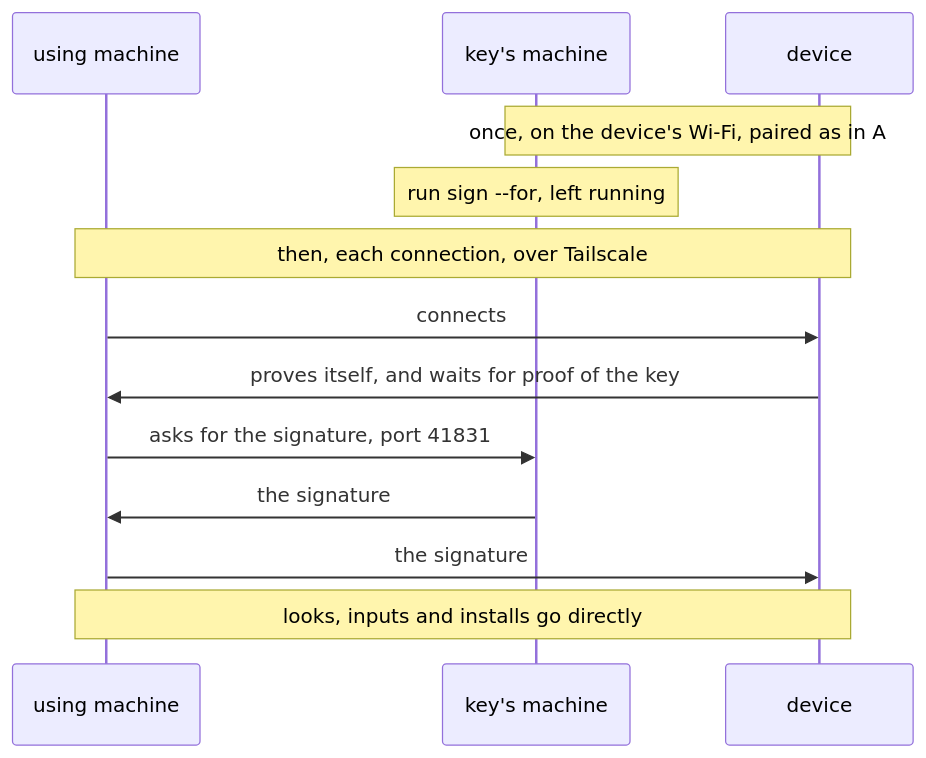
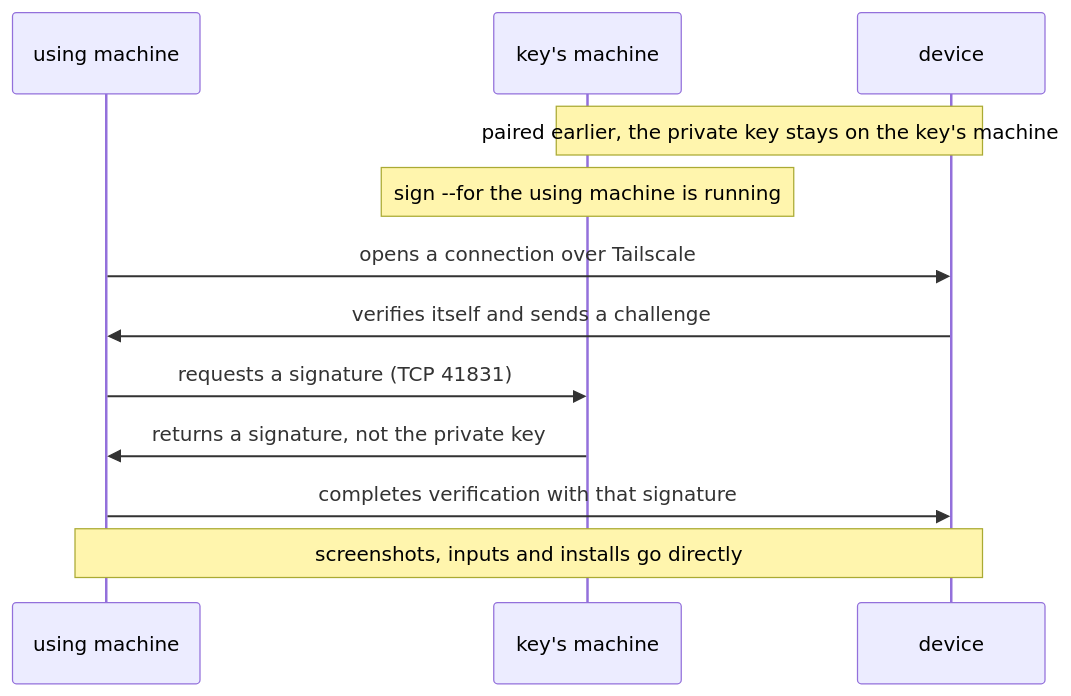
The third of 3 diagrams in Rust/roamrunctl/README.md (mh-mobile/RoamRun), drawn with Mermaid before and after one commit. The commit also changed other lines of this file and 1 other file, not shown here.

````diff
--- a/Rust/roamrunctl/README.md
+++ b/Rust/roamrunctl/README.md
@@ -171,15 +253,14 @@
 ```mermaid
 sequenceDiagram
   participant U as using machine
   participant K as key's machine
   participant D as device
-  Note over K,D: once, on the device's Wi-Fi, paired as in A
-  Note over K: run sign --for, left running
-  Note over U,D: then, each connection, over Tailscale
-  U->>D: connects
-  D->>U: proves itself, and waits for proof of the key
-  U->>K: asks for the signature, port 41831
-  K->>U: the signature
-  U->>D: the signature
-  Note over U,D: looks, inputs and installs go directly
+  Note over K,D: paired earlier, the private key stays on the key's machine
+  Note over K: sign --for the using machine is running
+  U->>D: opens a connection over Tailscale
+  D->>U: verifies itself and sends a challenge
+  U->>K: requests a signature (TCP 41831)
+  K->>U: returns a signature, not the private key
+  U->>D: completes verification with that signature
+  Note over U,D: screenshots, inputs and installs go directly
 ```
````
